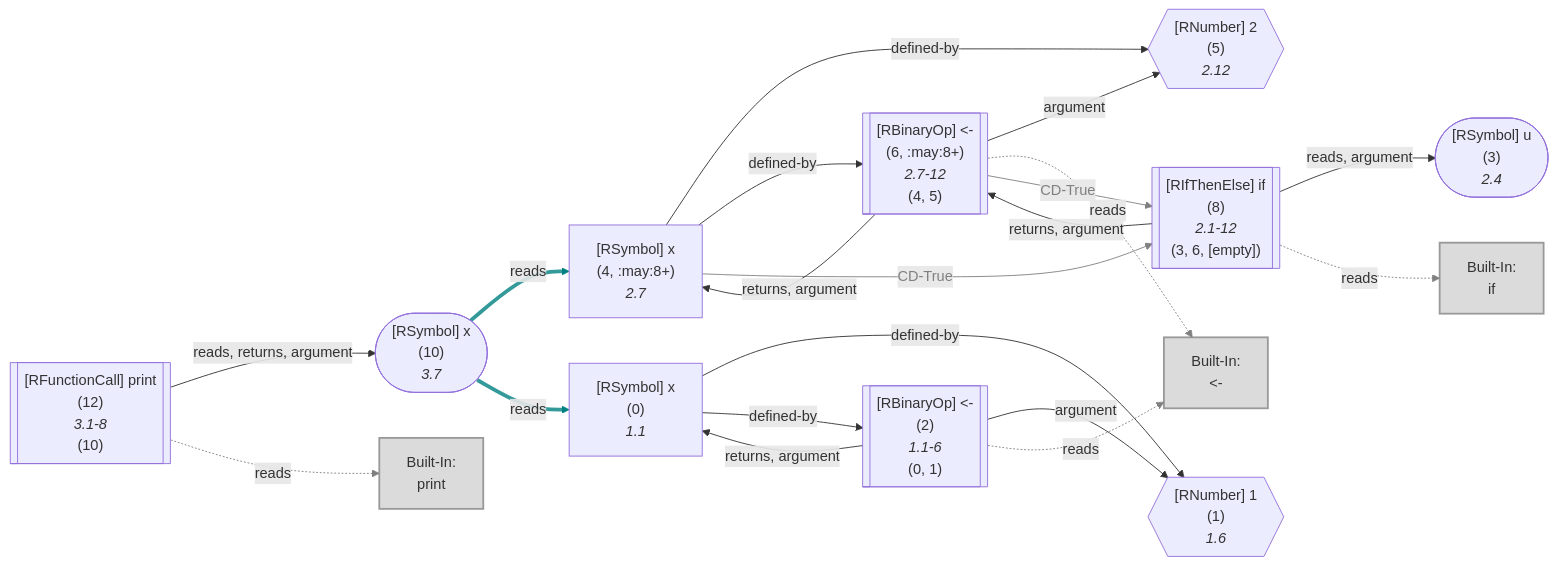
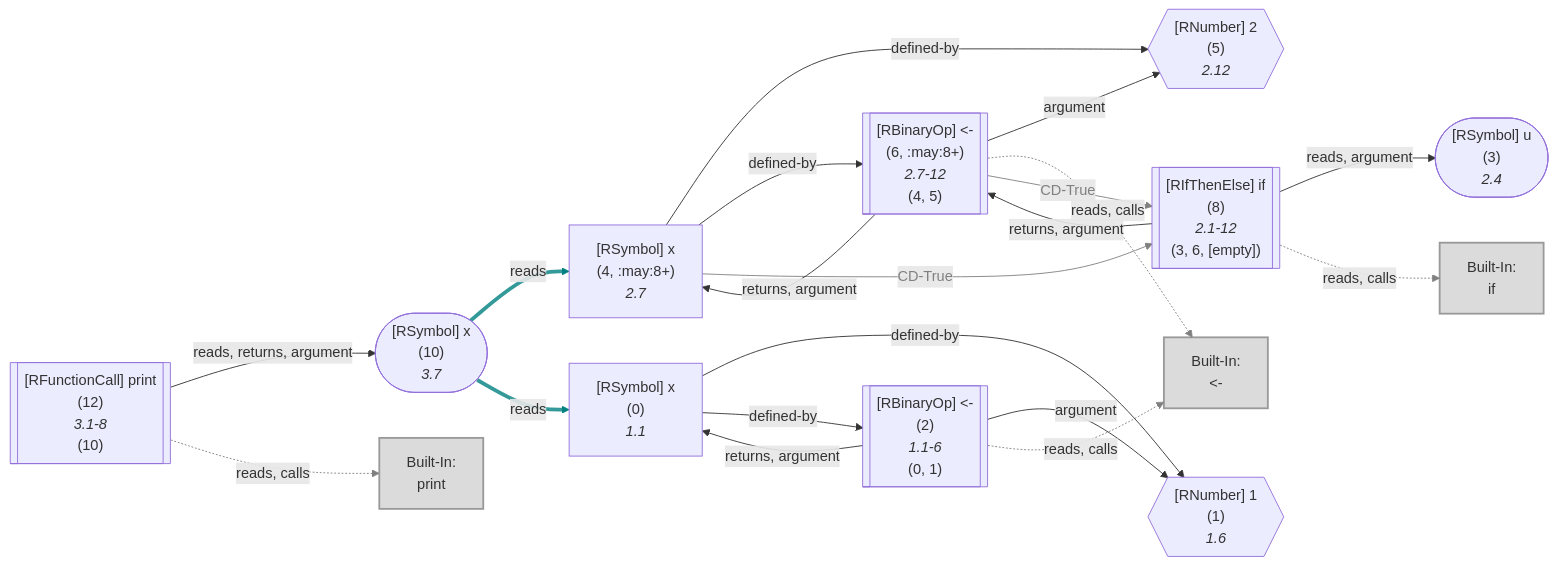
One commit to flowr-analysis/flowr changed the ninth of 51 diagrams in wiki/Dataflow Graph.md. Above: the diagram before and after it, drawn with Mermaid. The commit also changed other lines of this file and 8 other files, not shown here.

Commit message:
[skip ci] doc: update generated wiki pages (wiki/Capabilities,wiki/Dataflow Graph,wiki/Query API,wiki/Search API,wiki/Engines,wiki/Interface,wiki/Control Flow Graph,wiki/Core,README)

````diff
--- a/wiki/Dataflow Graph.md
+++ b/wiki/Dataflow Graph.md
@@ -909,73 +909,73 @@
 ```mermaid
 flowchart LR
     1{{"`#91;RNumber#93; 1
       (1)
       *1.6*`"}}
     0["`#91;RSymbol#93; x
       (0)
       *1.1*`"]
     2[["`#91;RBinaryOp#93; #60;#45;
       (2)
       *1.1-6*
     (0, 1)`"]]
     built-in:_-["`Built-In:
 #60;#45;`"]
     style built-in:_- stroke:gray,fill:lightgray,stroke-width:2px,opacity:.8;
     3(["`#91;RSymbol#93; u
       (3)
       *2.4*`"])
     5{{"`#91;RNumber#93; 2
       (5)
       *2.12*`"}}
     4["`#91;RSymbol#93; x
       (4, :may:8+)
       *2.7*`"]
     6[["`#91;RBinaryOp#93; #60;#45;
       (6, :may:8+)
       *2.7-12*
     (4, 5)`"]]
     8[["`#91;RIfThenElse#93; if
       (8)
       *2.1-12*
     (3, 6, [empty])`"]]
     built-in:if["`Built-In:
 if`"]
     style built-in:if stroke:gray,fill:lightgray,stroke-width:2px,opacity:.8;
     10(["`#91;RSymbol#93; x
       (10)
       *3.7*`"])
     12[["`#91;RFunctionCall#93; print
       (12)
       *3.1-8*
     (10)`"]]
     built-in:print["`Built-In:
 print`"]
     style built-in:print stroke:gray,fill:lightgray,stroke-width:2px,opacity:.8;
     0 -->|"defined-by"| 1
     0 -->|"defined-by"| 2
     2 -->|"argument"| 1
     2 -->|"returns, argument"| 0
-    2 -.->|"reads"| built-in:_-
+    2 -.->|"reads, calls"| built-in:_-
     linkStyle 4 stroke:gray;
     4 -->|"defined-by"| 5
     4 -->|"defined-by"| 6
     4 -->|"CD-True"| 8
     linkStyle 7 stroke:gray,color:gray;
     6 -->|"argument"| 5
     6 -->|"returns, argument"| 4
-    6 -.->|"reads"| built-in:_-
+    6 -.->|"reads, calls"| built-in:_-
     linkStyle 10 stroke:gray;
     6 -->|"CD-True"| 8
     linkStyle 11 stroke:gray,color:gray;
     8 -->|"returns, argument"| 6
     8 -->|"reads, argument"| 3
-    8 -.->|"reads"| built-in:if
+    8 -.->|"reads, calls"| built-in:if
     linkStyle 14 stroke:gray;
     10 -->|"reads"| 4
     linkStyle 15 stroke:teal,stroke-width:4.2px,stroke-opacity:.8
     10 -->|"reads"| 0
     linkStyle 16 stroke:teal,stroke-width:4.2px,stroke-opacity:.8
     12 -->|"reads, returns, argument"| 10
-    12 -.->|"reads"| built-in:print
+    12 -.->|"reads, calls"| built-in:print
     linkStyle 18 stroke:gray;
 ```
````
